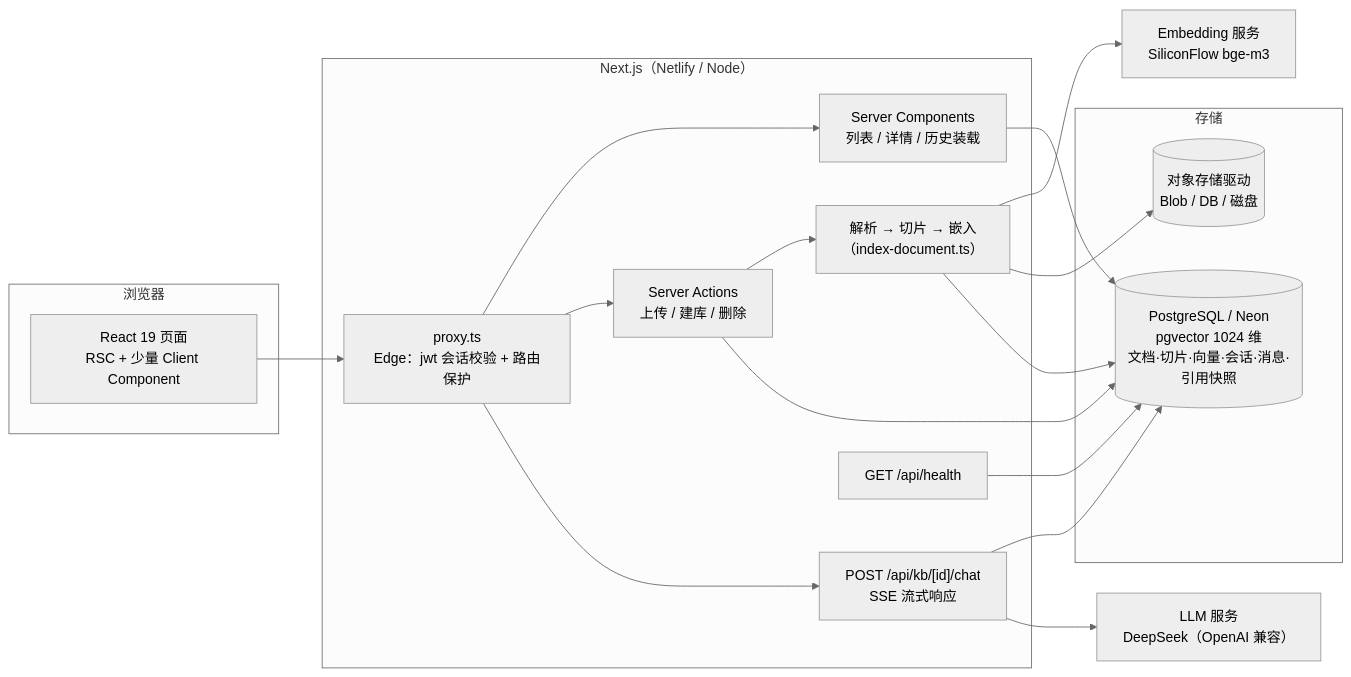
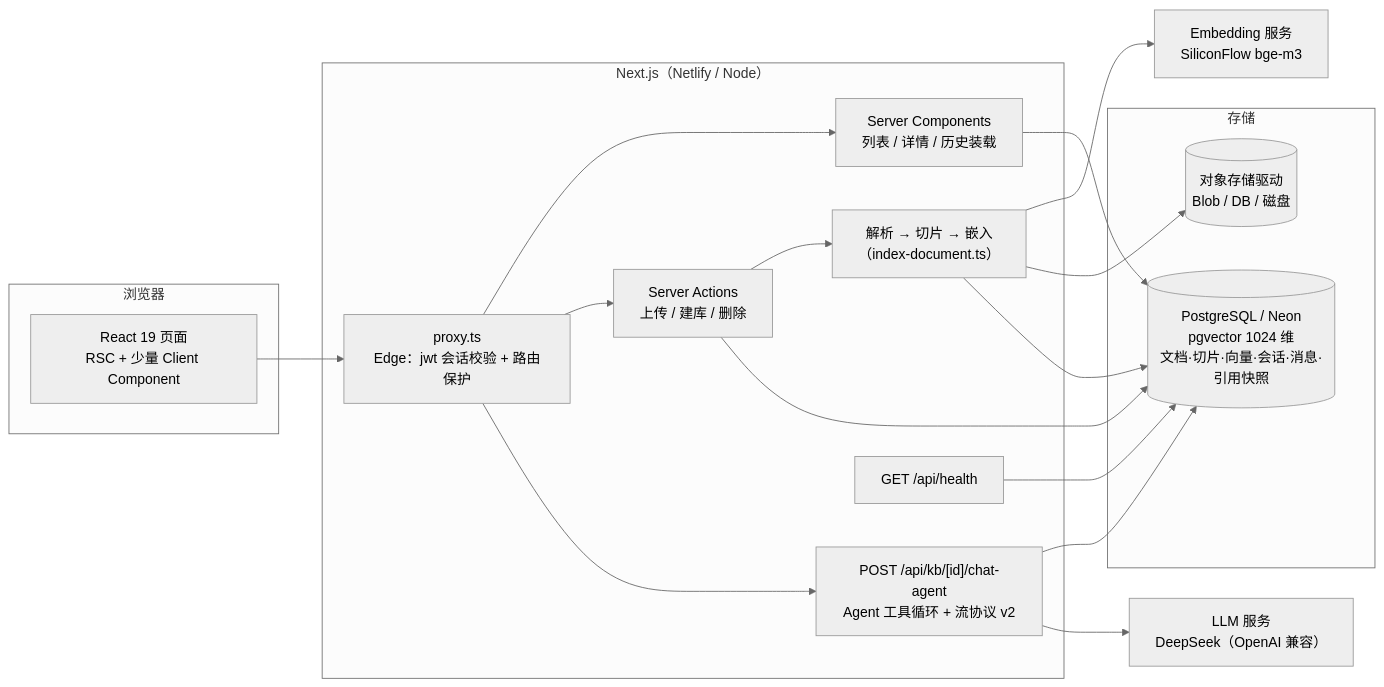
One commit to 233zhangwen/knowledge-base changed the diagram in README.md. Above: the diagram before and after it, drawn with Mermaid (neutral theme). The commit also changed other lines of this file and 2 other files, not shown here.

````diff
--- a/README.md
+++ b/README.md
@@ -39,31 +40,31 @@
 ```mermaid
 flowchart LR
     subgraph 浏览器
         UI[React 19 页面<br/>RSC + 少量 Client Component]
     end
 
     subgraph "Next.js（Netlify / Node）"
         Proxy["proxy.ts<br/>Edge：jwt 会话校验 + 路由保护"]
         RSC["Server Components<br/>列表 / 详情 / 历史装载"]
         SA["Server Actions<br/>上传 / 建库 / 删除"]
-        Chat["POST /api/kb/[id]/chat<br/>SSE 流式响应"]
+        Chat["POST /api/kb/[id]/chat-agent<br/>Agent 工具循环 + 流协议 v2"]
         Pipeline["解析 → 切片 → 嵌入<br/>（index-document.ts）"]
         Health["GET /api/health"]
     end
 
     subgraph "存储"
         PG[("PostgreSQL / Neon<br/>pgvector 1024 维<br/>文档·切片·向量·会话·消息·引用快照")]
         Blob[("对象存储驱动<br/>Blob / DB / 磁盘")]
     end
 
     LLM["LLM 服务<br/>DeepSeek（OpenAI 兼容）"]
     EMB["Embedding 服务<br/>SiliconFlow bge-m3"]
 
     UI --> Proxy --> RSC & SA & Chat
     SA --> Pipeline
     Pipeline --> EMB
     Pipeline --> Blob
     RSC & SA & Pipeline & Health --> PG
     Chat --> PG
     Chat --> LLM
 ```
````
